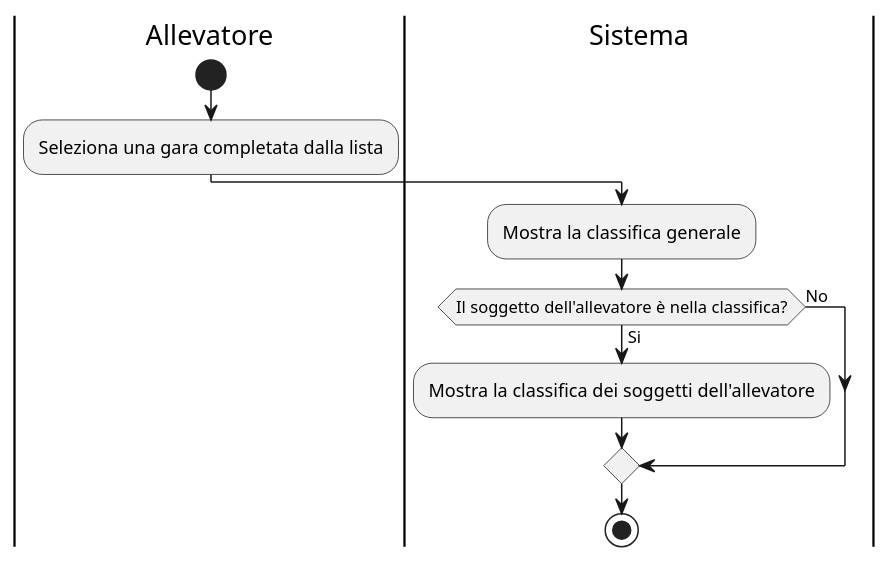
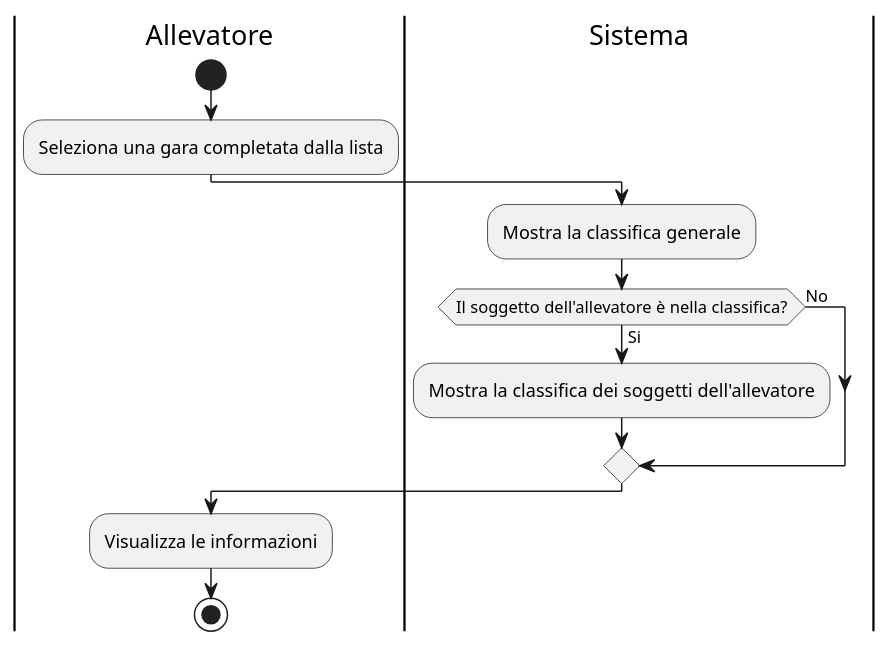
One commit to cristiancundari/birdbase changed diagram 13 of 27 in docs/sezioni/usecases/2_activitydiagrams.md. Above: the diagram before and after it, drawn with PlantUML. The commit also changed other lines of this file and 4 other files, not shown here.

````diff
--- a/docs/sezioni/usecases/2_activitydiagrams.md
+++ b/docs/sezioni/usecases/2_activitydiagrams.md
@@ -288,16 +342,16 @@
 ```plantuml
 @startuml
 |Allevatore|
 start
 :Seleziona una gara completata dalla lista;
-
 |Sistema|
 :Mostra la classifica generale;
-if(Il soggetto dell'allevatore è nella classifica?) then (Si)
-  :Mostra la classifica dei soggetti dell'allevatore;
+if (Il soggetto dell'allevatore è nella classifica?) then (Si)
+    :Mostra la classifica dei soggetti dell'allevatore;
 else (No)
 endif
-
+|Allevatore|
+:Visualizza le informazioni;
 stop
 @enduml
 ```
````
